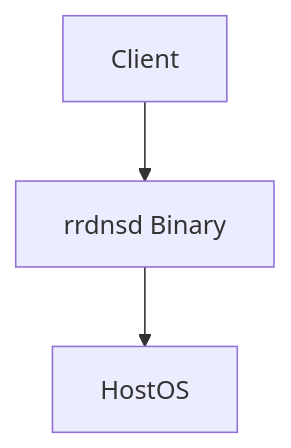
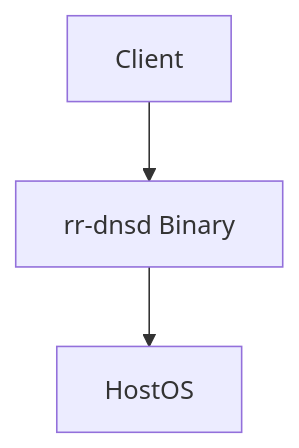
Before and after one commit to haukened/rr-dns: the eighth of 9 diagrams in docs/arc42.md, drawn with Mermaid. The commit also changed other lines of this file, not shown here.

````diff
--- a/docs/arc42.md
+++ b/docs/arc42.md
@@ -808,5 +816,5 @@
 ```mermaid
 graph TD
-  Client --> rrdnsd[rrdnsd Binary]
-  rrdnsd --> HostOS
+    Client --> rr_dnsd[rr-dnsd Binary]
+    rr_dnsd --> HostOS
 ```
````
